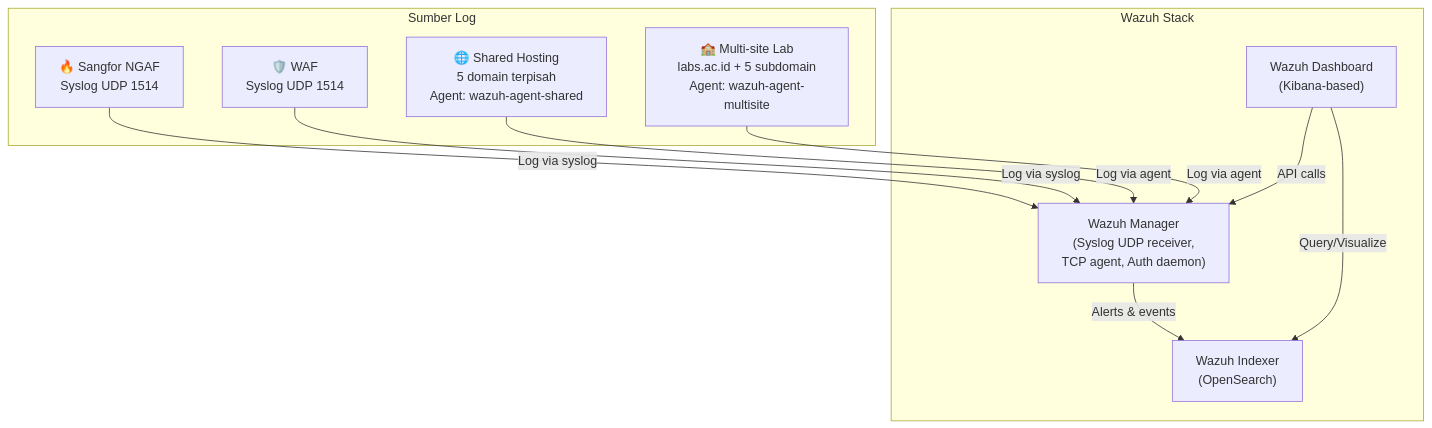
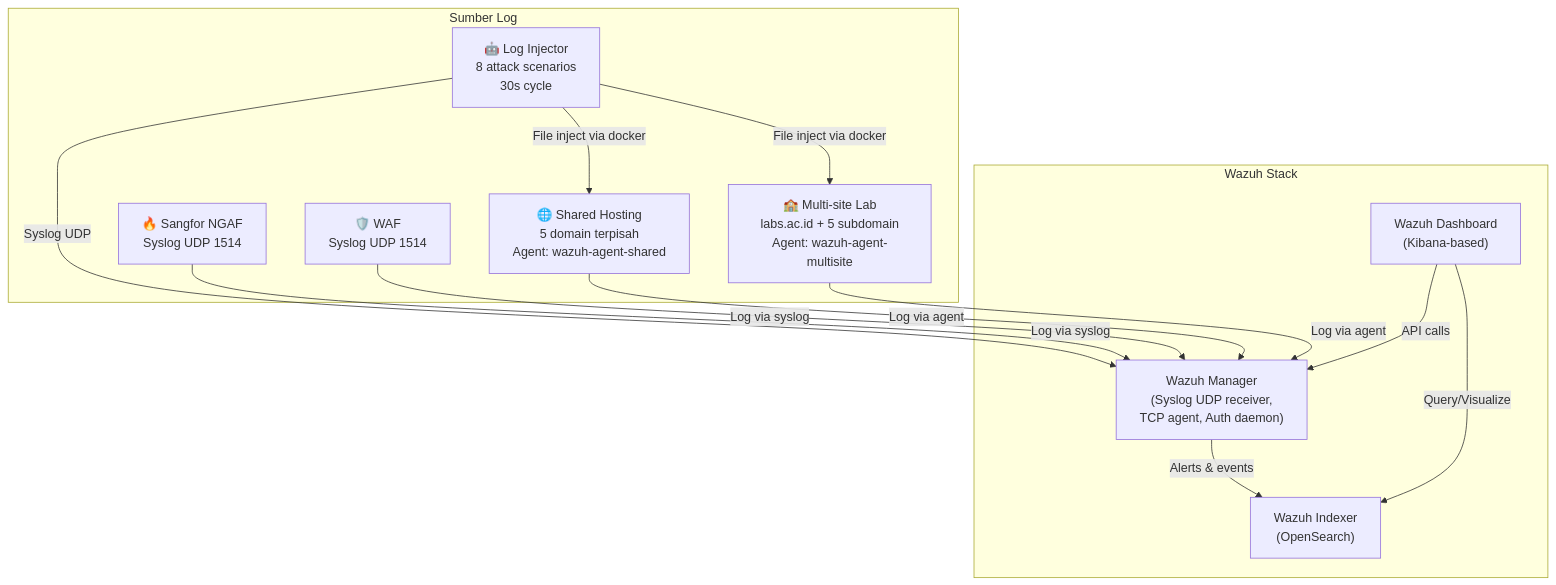
The diagram in README.md (yogiex/wazuh-soc-lab), drawn with Mermaid before and after one commit. The commit also changed other lines of this file, not shown here.

Commit message:
docs: Update README with log injector architecture, folder structure, and 8 scenarios

````diff
--- a/README.md
+++ b/README.md
@@ -28,23 +29,27 @@
 ```mermaid
 graph TB
     subgraph Sumber Log
         Sangfor["🔥 Sangfor NGAF<br/>Syslog UDP 1514"]
         WAF["🛡️ WAF<br/>Syslog UDP 1514"]
         Shared["🌐 Shared Hosting<br/>5 domain terpisah<br/>Agent: wazuh-agent-shared"]
         Multi["🏫 Multi-site Lab<br/>labs.ac.id + 5 subdomain<br/>Agent: wazuh-agent-multisite"]
+    Injector["🤖 Log Injector<br/>8 attack scenarios<br/>30s cycle"]
     end
 
     subgraph Wazuh Stack
         Manager["Wazuh Manager<br/>(Syslog UDP receiver,<br/>TCP agent, Auth daemon)"]
         Indexer["Wazuh Indexer<br/>(OpenSearch)"]
         Dashboard["Wazuh Dashboard<br/>(Kibana-based)"]
     end
 
+    Injector -->|File inject via docker| Shared
+    Injector -->|File inject via docker| Multi
+    Injector -->|Syslog UDP| Manager
     Sangfor -->|Log via syslog| Manager
     WAF -->|Log via syslog| Manager
     Shared -->|Log via agent| Manager
     Multi -->|Log via agent| Manager
     Manager -->|Alerts & events| Indexer
     Dashboard -->|Query/Visualize| Indexer
     Dashboard -->|API calls| Manager
 ```
````
